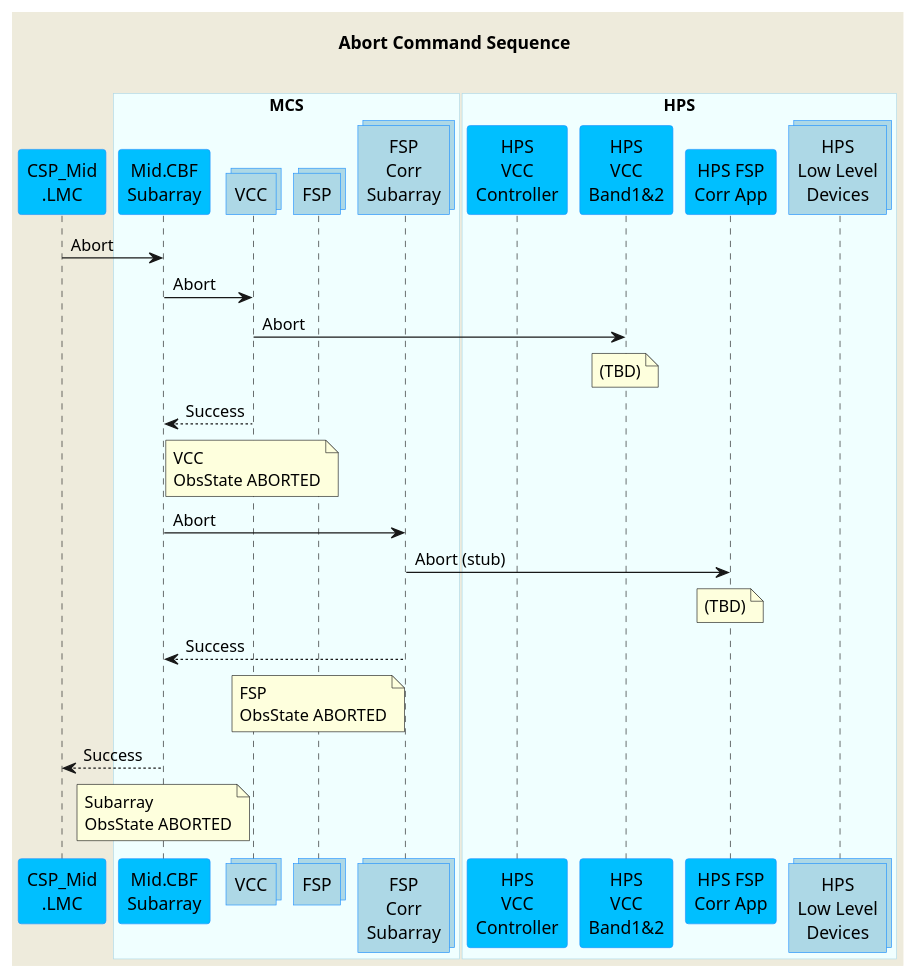
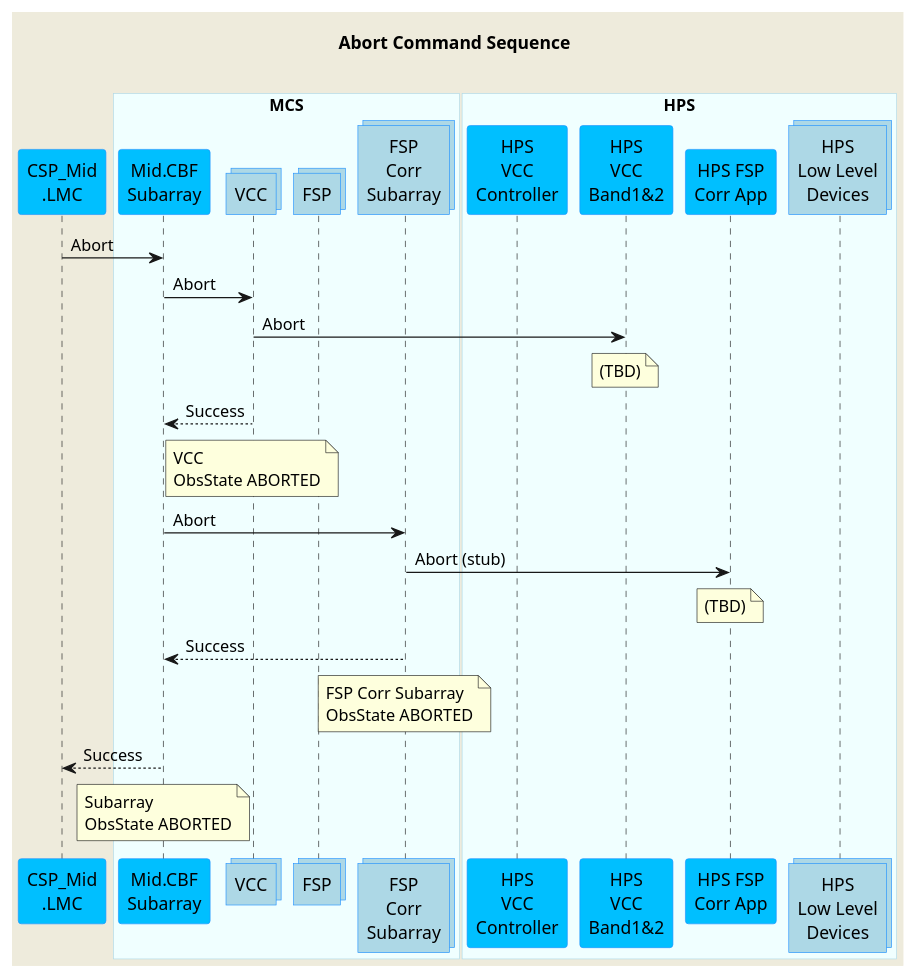
Before and after one commit to ska-telescope/mid-cbf-mcs: the diagram in docs/src/diagrams/abort-command.puml, drawn with PlantUML. The commit also changed 5 other files, not shown here.

```diff
--- a/docs/src/diagrams/abort-command.puml
+++ b/docs/src/diagrams/abort-command.puml
@@ -1,60 +1,60 @@
 @startuml
 'https://plantuml.com/sequence-diagram
 
 skinparam backgroundColor #EEEBDC
 skinparam sequence {
 ParticipantBorderColor DodgerBlue
 ParticipantBackgroundColor DeepSkyBlue
 ActorBorderColor DarkGreen
 ActorBackgroundColor Green
 BoxBorderColor LightBlue
 BoxBackgroundColor #F0FFFF
 }
 
 skinparam collections {
   BackGroundColor LightBlue
   BorderColor DodgerBlue
 }
 
 skinparam database {
   BackgroundColor LightGreen
   BorderColor DarkGreen
 }
 
 title Abort Command Sequence\n
 
 participant "CSP_Mid\n.LMC" as lmc
 
 box "MCS"
 participant "Mid.CBF\nSubarray" as subarray
 collections "VCC" as vcc
 collections "FSP" as fsp
 collections "FSP\nCorr\nSubarray" as fspsubarray
 end box
 
 box "HPS"
 participant "HPS\nVCC\nController" as hpsvcc
 participant "HPS\nVCC\nBand1&2" as hpsvccband
 participant "HPS FSP\nCorr App" as hpsfsp
 collections "HPS\nLow Level\nDevices" as hpsdevices
 end box
 
 lmc        ->  subarray      : Abort
 
 subarray   ->  vcc           : Abort
 vcc        ->  hpsvccband    : Abort
 note over hpsvccband         : (TBD)
 subarray   <-- vcc           : Success
 note over vcc                : VCC\nObsState ABORTED
 subarray   ->  fspsubarray   : Abort
 fspsubarray->  hpsfsp        : Abort (stub)
 note over hpsfsp             : (TBD)
 subarray   <-- fspsubarray   : Success
-note over fsp                : FSP\nObsState ABORTED
+note over fspsubarray        : FSP Corr Subarray\nObsState ABORTED
 
 
 lmc       <--  subarray      : Success
 note over subarray           : Subarray\nObsState ABORTED
 
 
 @enduml
```
